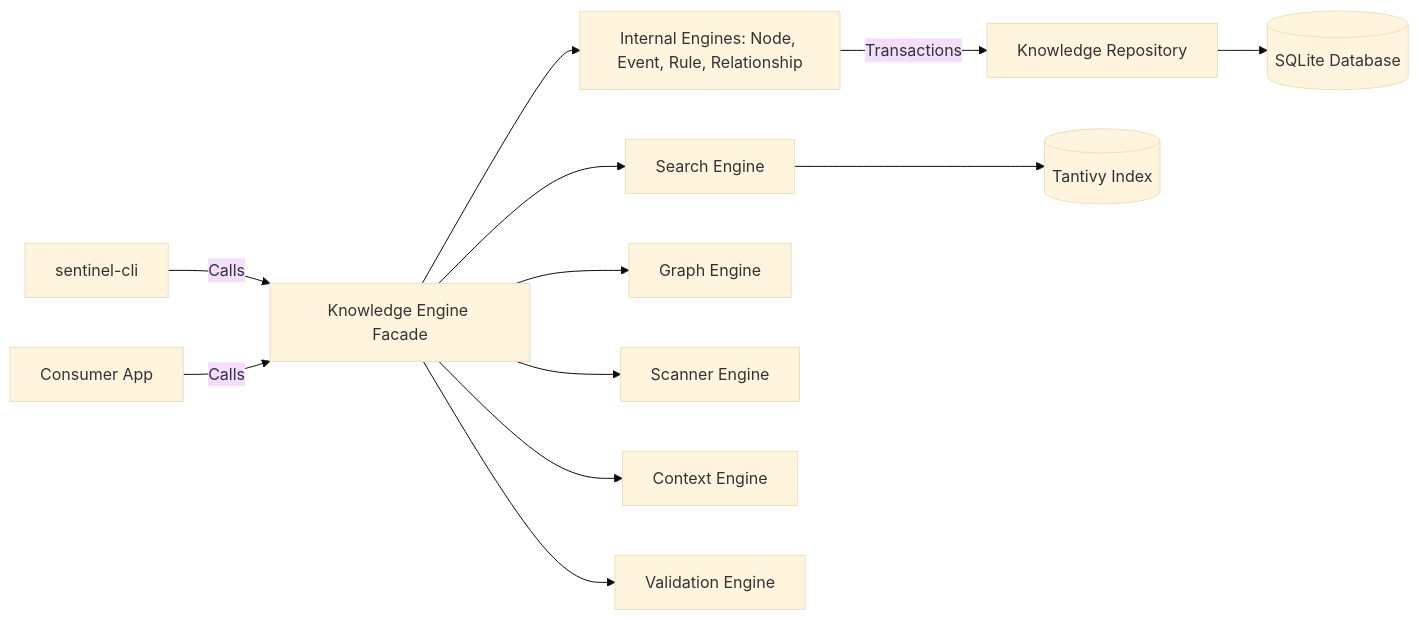
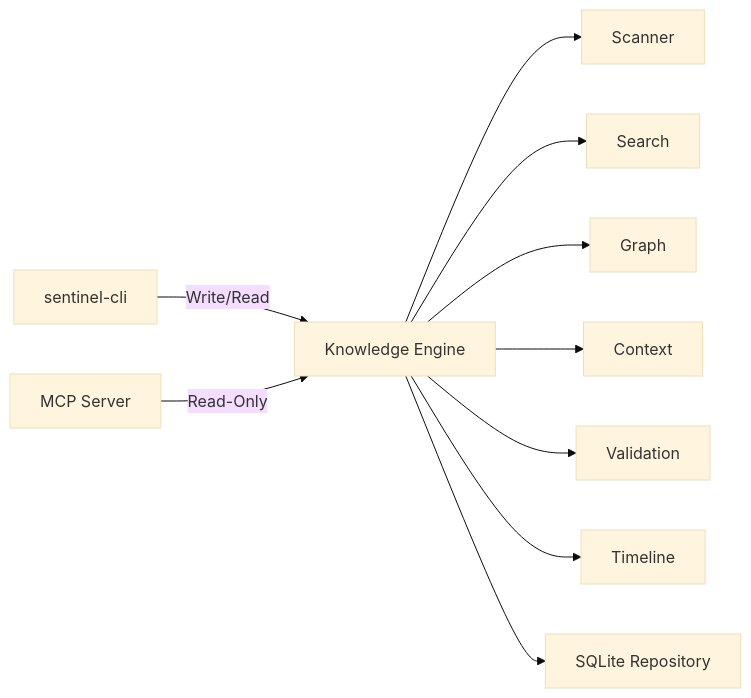
One commit to Chandann1905/sentinel-arc changed the diagram in README.md. Above: the diagram before and after it, drawn with Mermaid (base theme). The commit also changed other lines of this file and 59 other files, not shown here.

````diff
--- a/README.md
+++ b/README.md
@@ -122,14 +101,12 @@
 ```mermaid
 graph LR
-    CLI[sentinel-cli] -->|Calls| KE[Knowledge Engine Facade]
-    A[Consumer App] -->|Calls| KE
-    KE --> NE[Internal Engines: Node, Event, Rule, Relationship]
-    KE --> SE[Search Engine]
-    KE --> GE[Graph Engine]
-    KE --> SC[Scanner Engine]
-    KE --> CE[Context Engine]
-    KE --> VE[Validation Engine]
-    NE -->|Transactions| KR[Knowledge Repository]
-    KR --> DB[(SQLite Database)]
-    SE --> TI[(Tantivy Index)]
+    CLI[sentinel-cli] -->|Write/Read| KE[Knowledge Engine]
+    MCP[MCP Server] -->|Read-Only| KE
+    KE --> SC[Scanner]
+    KE --> SE[Search]
+    KE --> GE[Graph]
+    KE --> CE[Context]
+    KE --> VE[Validation]
+    KE --> TE[Timeline]
+    KE --> KR[SQLite Repository]
 ```
````
